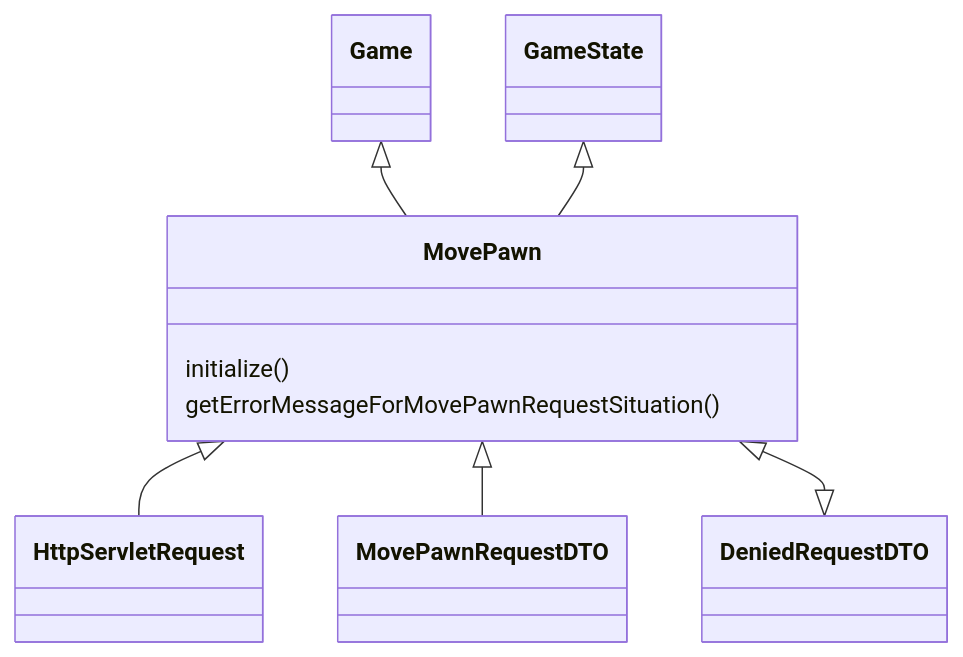
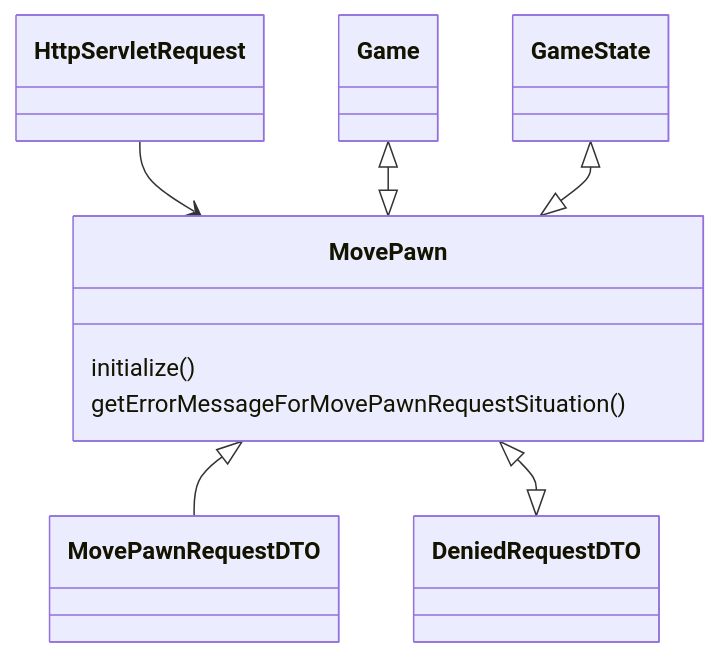
Before and after one commit to stijnlinderman/eldorado: the sixth of 8 diagrams in ARCHITECTURE.md, drawn with Mermaid. The commit also changed other lines of this file, not shown here.

````diff
--- a/ARCHITECTURE.md
+++ b/ARCHITECTURE.md
@@ -72,10 +72,10 @@
 ```mermaid
 classDiagram
-	MovePawn <|-- HttpServletRequest
+	HttpServletRequest --> MovePawn
 	MovePawn <|-- MovePawnRequestDTO
-	Game <|-- MovePawn
-	GameState <|-- MovePawn
+	Game <|--|> MovePawn
+	GameState <|--|> MovePawn
 	MovePawn <|--|> DeniedRequestDTO
 	MovePawn : initialize()
 	MovePawn : getErrorMessageForMovePawnRequestSituation()
 ```
````
